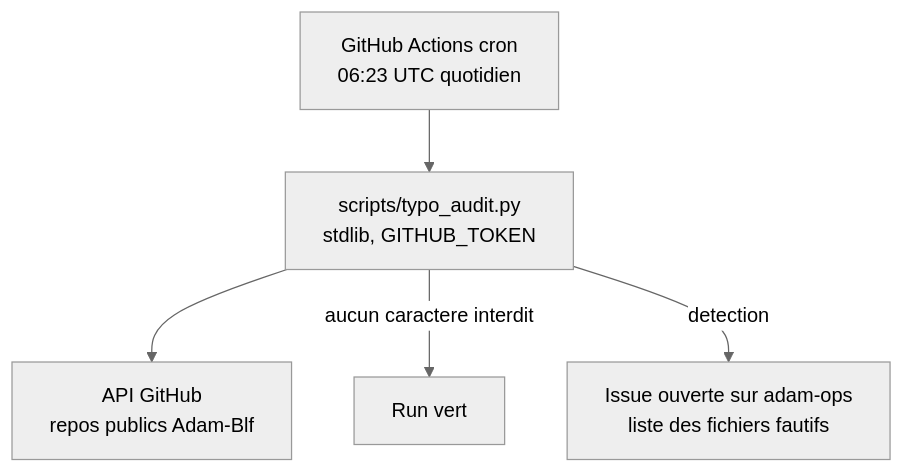
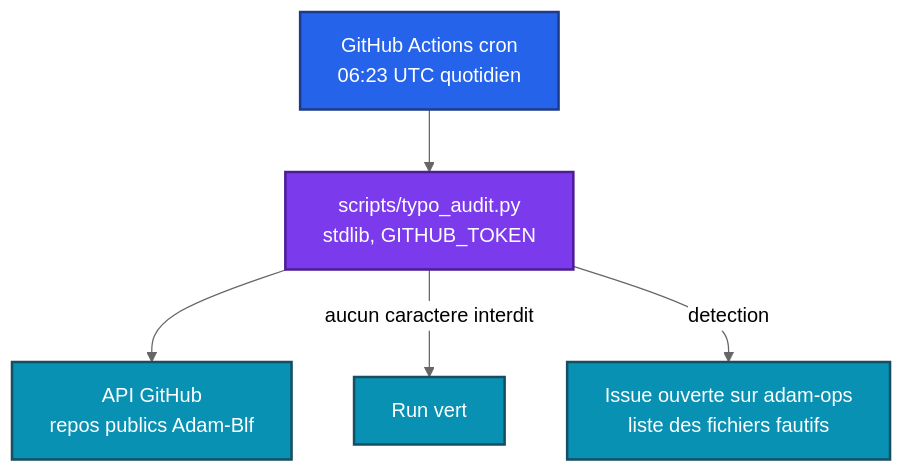
Before and after one commit to Adam-Blf/adam-ops: the diagram in README.md, drawn with Mermaid (neutral theme).

Commit message:
docs: add colors to mermaid diagrams (#1)
Each node gets a palette class (by subgraph or by flow depth), subgraphs are tinted, non-flowchart diagrams use a colored base theme. Validated by rendering every diagram before and after.

````diff
--- a/README.md
+++ b/README.md
@@ -25,11 +25,18 @@
 ```mermaid
 flowchart TB
     CRON["GitHub Actions cron<br/>06:23 UTC quotidien"]
     SCRIPT["scripts/typo_audit.py<br/>stdlib, GITHUB_TOKEN"]
     API["API GitHub<br/>repos publics Adam-Blf"]
     OK["Run vert"]
     ISSUE["Issue ouverte sur adam-ops<br/>liste des fichiers fautifs"]
     CRON --> SCRIPT --> API
     SCRIPT -->|aucun caractere interdit| OK
     SCRIPT -->|detection| ISSUE
+
+    classDef c0 fill:#2563eb,stroke:#1e3a8a,stroke-width:2px,color:#ffffff
+    classDef c1 fill:#7c3aed,stroke:#4c1d95,stroke-width:2px,color:#ffffff
+    classDef c2 fill:#0891b2,stroke:#164e63,stroke-width:2px,color:#ffffff
+    class CRON c0
+    class SCRIPT c1
+    class API,OK,ISSUE c2
 ```
````
